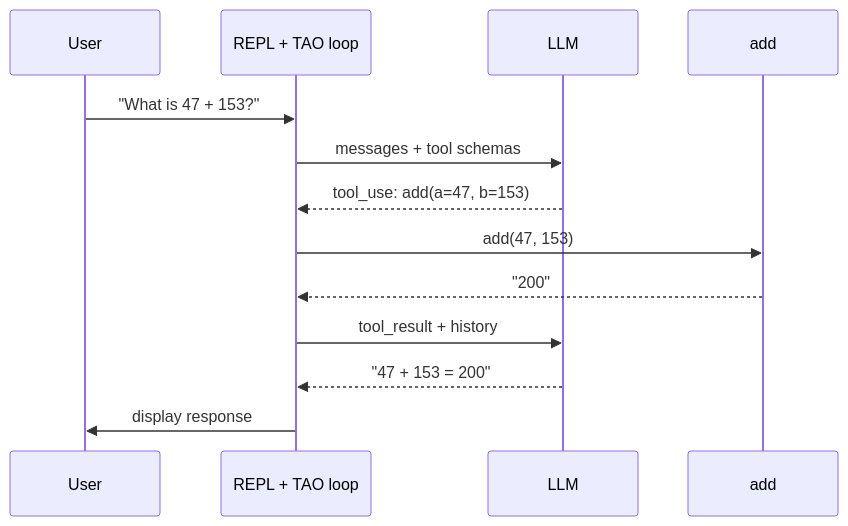
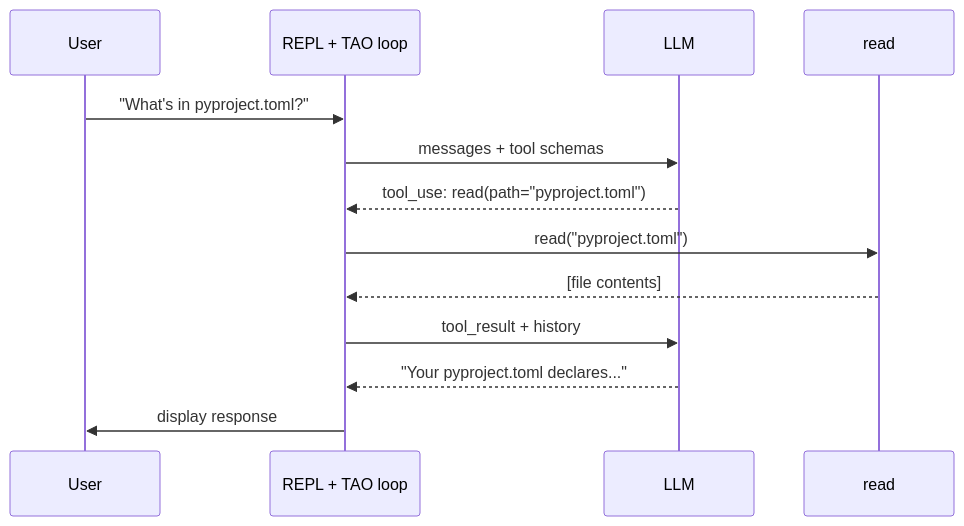
The diagram in agentic-engineering/modules/04-first-tool/README.md (averagejoeslab/agenteng), drawn with Mermaid before and after one commit. The commit also changed other lines of this file and 1 other file, not shown here.

````diff
--- a/agentic-engineering/modules/04-first-tool/README.md
+++ b/agentic-engineering/modules/04-first-tool/README.md
@@ -15,16 +17,16 @@
 ```mermaid
 sequenceDiagram
     participant User
     participant Agent as REPL + TAO loop
     participant LLM
-    participant Tool as add
+    participant Tool as read
 
-    User->>Agent: "What is 47 + 153?"
+    User->>Agent: "What's in pyproject.toml?"
     Agent->>LLM: messages + tool schemas
-    LLM-->>Agent: tool_use: add(a=47, b=153)
-    Agent->>Tool: add(47, 153)
-    Tool-->>Agent: "200"
+    LLM-->>Agent: tool_use: read(path="pyproject.toml")
+    Agent->>Tool: read("pyproject.toml")
+    Tool-->>Agent: [file contents]
     Agent->>LLM: tool_result + history
-    LLM-->>Agent: "47 + 153 = 200"
+    LLM-->>Agent: "Your pyproject.toml declares..."
     Agent->>User: display response
 ```
````
